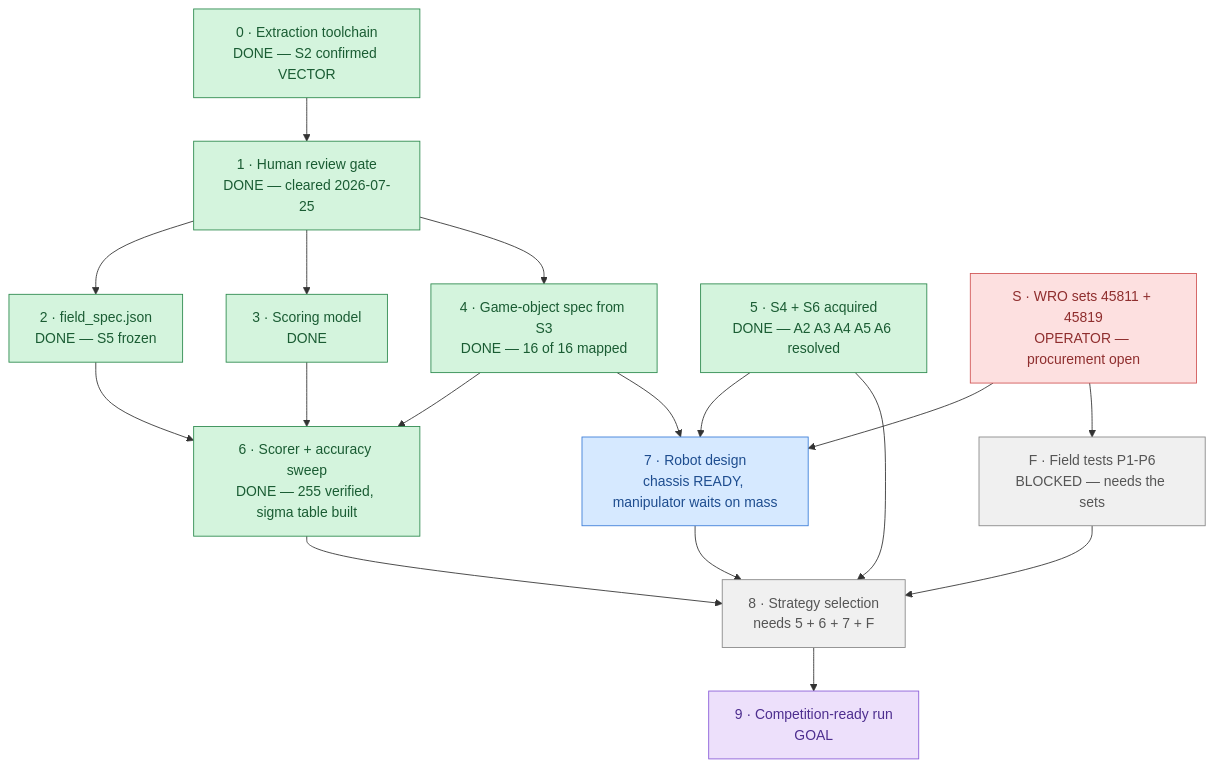
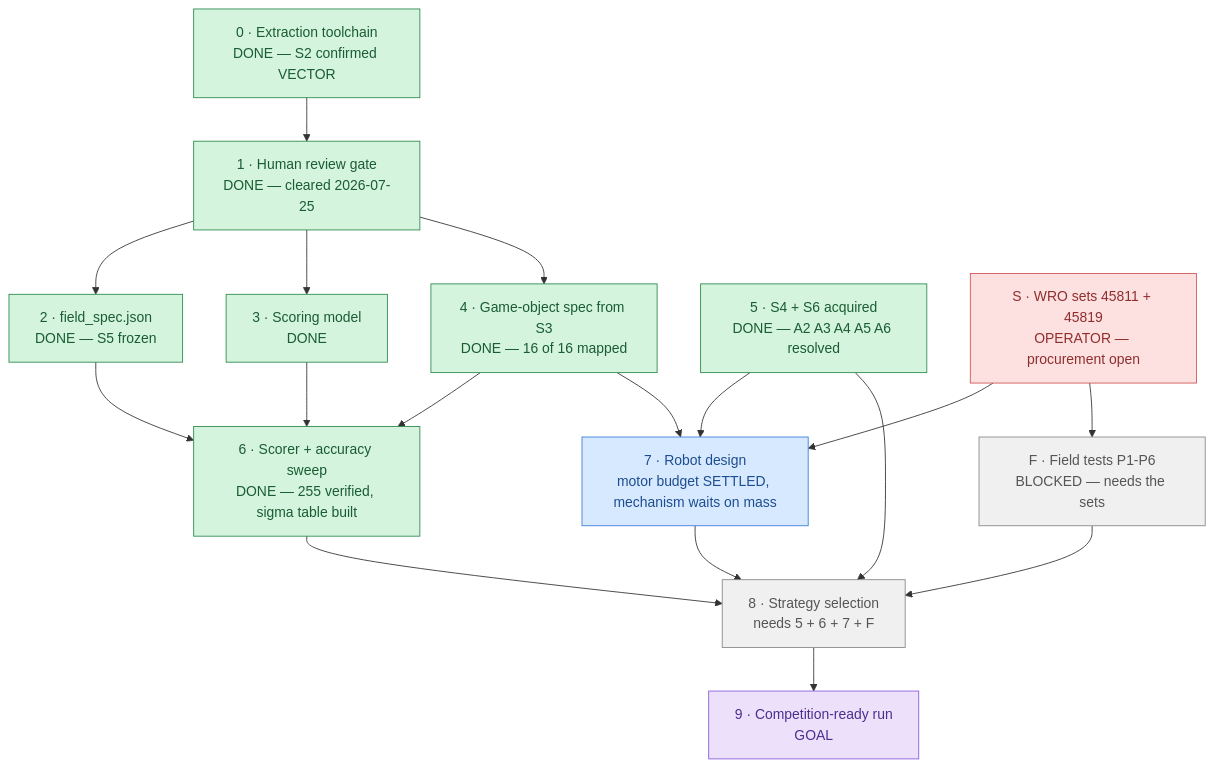
One commit to lumduan/wro-2026 changed the diagram in docs/plans/ROADMAP.md. Above: the diagram before and after it, drawn with Mermaid. The commit also changed other lines of this file and 13 other files, not shown here.

First line of the commit message:
feat(data): Phase 7 part 1 - the manipulator's requirement set and the motor budget

````diff
--- a/docs/plans/ROADMAP.md
+++ b/docs/plans/ROADMAP.md
@@ -7,32 +7,32 @@
 ```mermaid
 flowchart TD
     P0["0 · Extraction toolchain<br/>DONE — S2 confirmed VECTOR"] --> P1["1 · Human review gate<br/>DONE — cleared 2026-07-25"]
     P1 --> P2["2 · field_spec.json<br/>DONE — S5 frozen"]
     P1 --> P3["3 · Scoring model<br/>DONE"]
     P1 --> P4["4 · Game-object spec from S3<br/>DONE — 16 of 16 mapped"]
     P2 --> P6["6 · Scorer + accuracy sweep<br/>DONE — 255 verified, sigma table built"]
     P3 --> P6
     P4 --> P6
-    P5["5 · S4 + S6 acquired<br/>DONE — A2 A3 A4 A5 A6 resolved"] --> P7["7 · Robot design<br/>chassis READY, manipulator waits on mass"]
+    P5["5 · S4 + S6 acquired<br/>DONE — A2 A3 A4 A5 A6 resolved"] --> P7["7 · Robot design<br/>motor budget SETTLED, mechanism waits on mass"]
     P4 --> P7
     SETS["S · WRO sets 45811 + 45819<br/>OPERATOR — procurement open"] --> P7
     SETS --> FT["F · Field tests P1-P6<br/>BLOCKED — needs the sets"]
     P6 --> P8["8 · Strategy selection<br/>needs 5 + 6 + 7 + F"]
     P7 --> P8
     P5 --> P8
     FT --> P8
     P8 --> P9["9 · Competition-ready run<br/>GOAL"]
 
     classDef done     fill:#d4f4dd,stroke:#2d8a4e,color:#1a5c33
     classDef active   fill:#fff3cd,stroke:#cc9a06,color:#7a5c04
     classDef ready    fill:#d6e9ff,stroke:#3b7dd8,color:#1e4d8f
     classDef blocked  fill:#f0f0f0,stroke:#888,color:#555
     classDef decision fill:#fde0e0,stroke:#d05555,color:#8f2e2e
     classDef goal     fill:#ede0fb,stroke:#8a5cd8,color:#4d2e8f
 
     class P0,P1,P2,P3,P4,P5,P6 done
     class P7 ready
     class SETS decision
     class FT,P8 blocked
     class P9 goal
 ```
````
